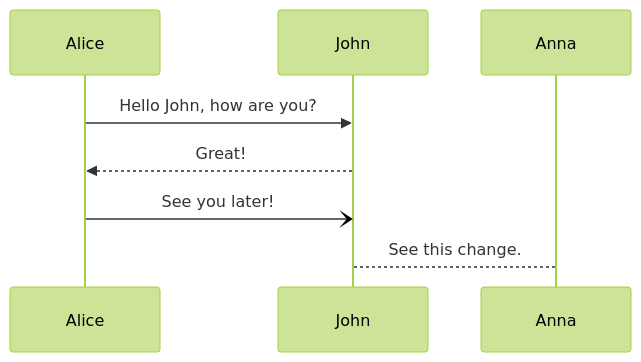
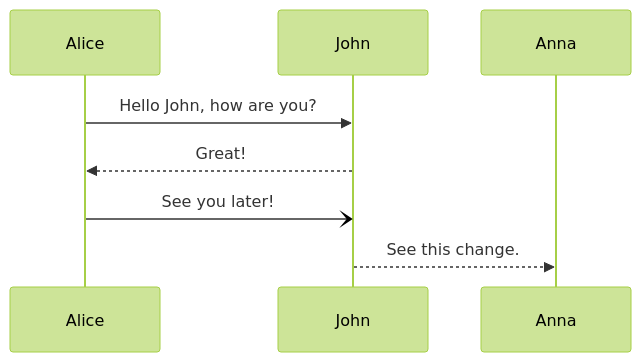
The diagram in teste.md (joaoarmenio/GQS-2023-2), drawn with Mermaid (forest theme) before and after one commit.

Commit message:
Update teste.md
Added a new line.

````diff
--- a/teste.md
+++ b/teste.md
@@ -5,7 +5,7 @@
 ```mermaid
 sequenceDiagram
     Alice->>John: Hello John, how are you?
     John-->>Alice: Great!
     Alice-)John: See you later!
-    John-->Anna: See this change.
+    John-->>Anna: See this change.
 ```
````
